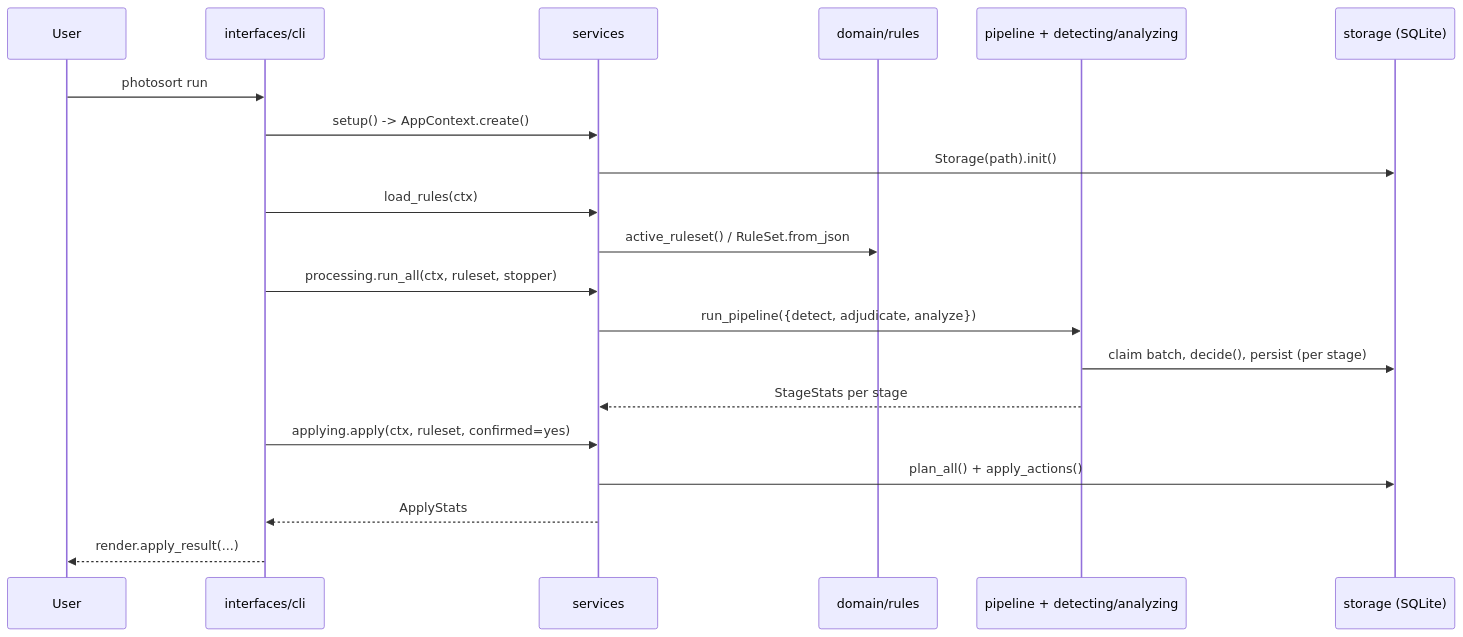
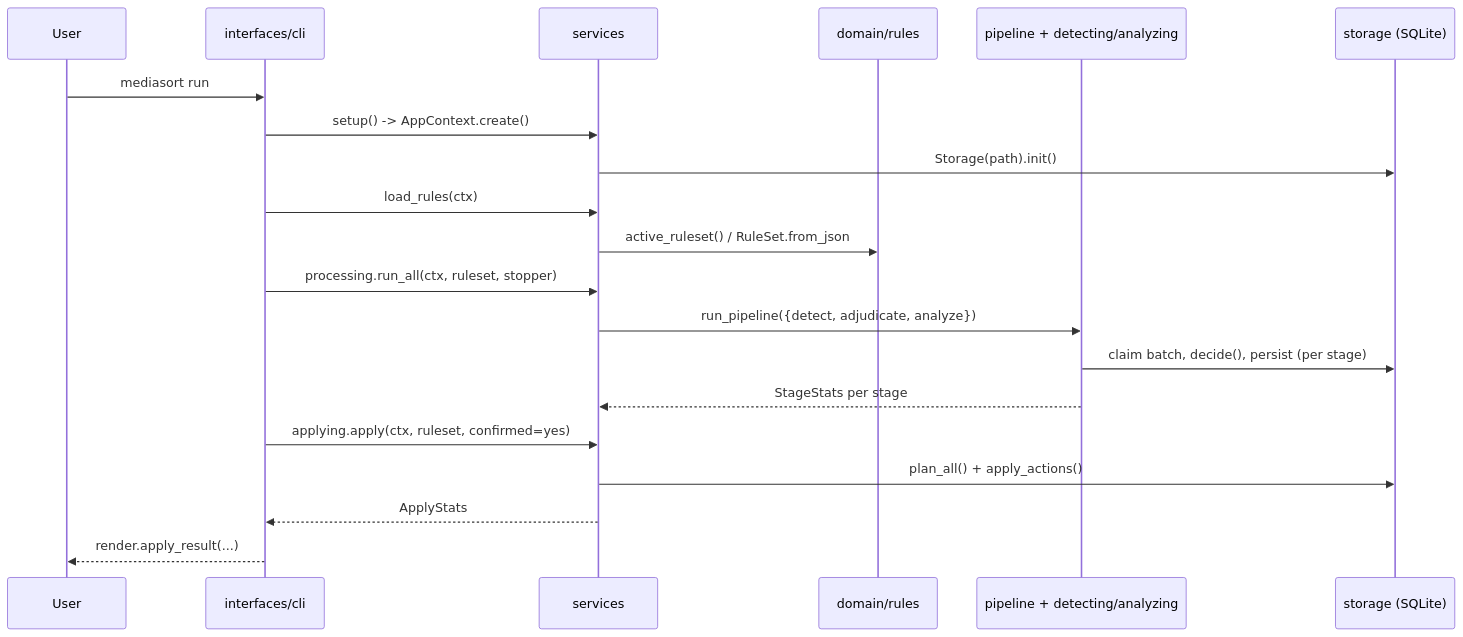
The second of 3 diagrams in docs/ARCHITECTURE.md (Guebbit/media-sorter), drawn with Mermaid before and after one commit. The commit also changed other lines of this file and 120 other files, not shown here.

````diff
--- a/docs/ARCHITECTURE.md
+++ b/docs/ARCHITECTURE.md
@@ -270,23 +270,23 @@
 ```mermaid
 sequenceDiagram
     participant User
     participant CLI as interfaces/cli
     participant Svc as services
     participant Rules as domain/rules
     participant Pipe as pipeline + detecting/analyzing
     participant DB as storage (SQLite)
 
-    User->>CLI: photosort run
+    User->>CLI: mediasort run
     CLI->>Svc: setup() -> AppContext.create()
     Svc->>DB: Storage(path).init()
     CLI->>Svc: load_rules(ctx)
     Svc->>Rules: active_ruleset() / RuleSet.from_json
     CLI->>Svc: processing.run_all(ctx, ruleset, stopper)
     Svc->>Pipe: run_pipeline({detect, adjudicate, analyze})
     Pipe->>DB: claim batch, decide(), persist (per stage)
     Pipe-->>Svc: StageStats per stage
     CLI->>Svc: applying.apply(ctx, ruleset, confirmed=yes)
     Svc->>DB: plan_all() + apply_actions()
     Svc-->>CLI: ApplyStats
     CLI-->>User: render.apply_result(...)
 ```
````
